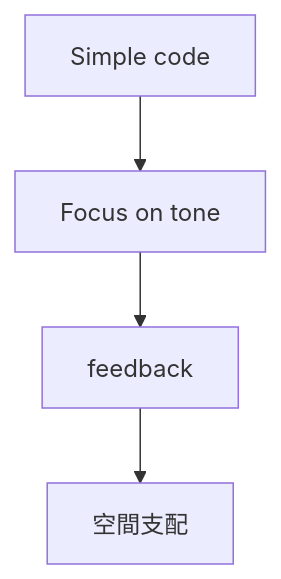
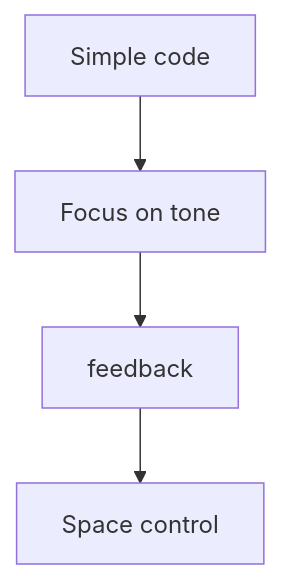
The fourth of 8 diagrams in en/_posts/2026-05-09-column-spacemen-3.md (monumental-movement/monumental-movement.github.io), drawn with Mermaid before and after one commit. The commit also changed other lines of this file and 423 other files, not shown here.

```diff
--- a/en/_posts/2026-05-09-column-spacemen-3.md
+++ b/en/_posts/2026-05-09-column-spacemen-3.md
@@ -356,6 +356,6 @@
 <div class="mermaid">
 graph TD
 A["Simple code"] --> B["Focus on tone"]
 B --> C["feedback"]
-C --> D["空間支配"]
+C --> D["Space control"]
 </div>
```
